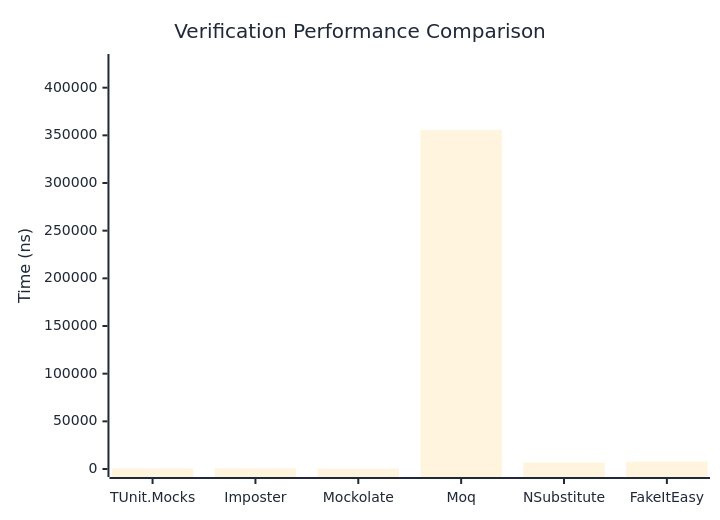
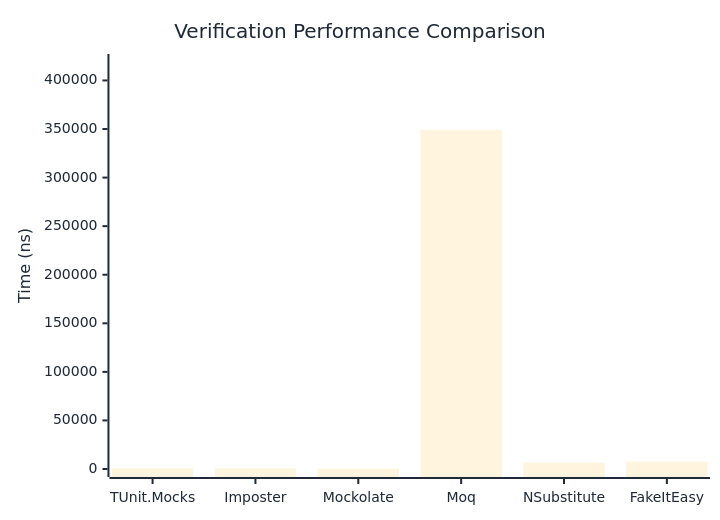
One commit to thomhurst/TUnit changed the first of 3 diagrams in docs/docs/benchmarks/mocks/Verification.md. Above: the diagram before and after it, drawn with Mermaid. The commit also changed other lines of this file and 14 other files, not shown here.

````diff
--- a/docs/docs/benchmarks/mocks/Verification.md
+++ b/docs/docs/benchmarks/mocks/Verification.md
@@ -30,27 +30,27 @@
 ```mermaid
 %%{init: {
   'theme':'base',
   'themeVariables': {
     'primaryColor': '#2563eb',
     'primaryTextColor': '#1f2937',
     'primaryBorderColor': '#1e40af',
     'lineColor': '#6b7280',
     'secondaryColor': '#7c3aed',
     'tertiaryColor': '#dc2626',
     'background': '#ffffff',
     'pie1': '#2563eb',
     'pie2': '#7c3aed',
     'pie3': '#dc2626',
     'pie4': '#f59e0b',
     'pie5': '#10b981',
     'pie6': '#06b6d4',
     'pie7': '#ec4899',
     'pie8': '#6366f1'
   }
 }}%%
 xychart-beta
   title "Verification Performance Comparison"
   x-axis ["TUnit.Mocks", "Imposter", "Mockolate", "Moq", "NSubstitute", "FakeItEasy"]
-  y-axis "Time (ns)" 0 --> 426927
-  bar [754.7, 762.63, 441.79, 355772.44, 6724.41, 7730.69]
+  y-axis "Time (ns)" 0 --> 418998
+  bar [719.52, 715.7, 410.06, 349164.36, 6576.91, 7655.63]
 ```
````
